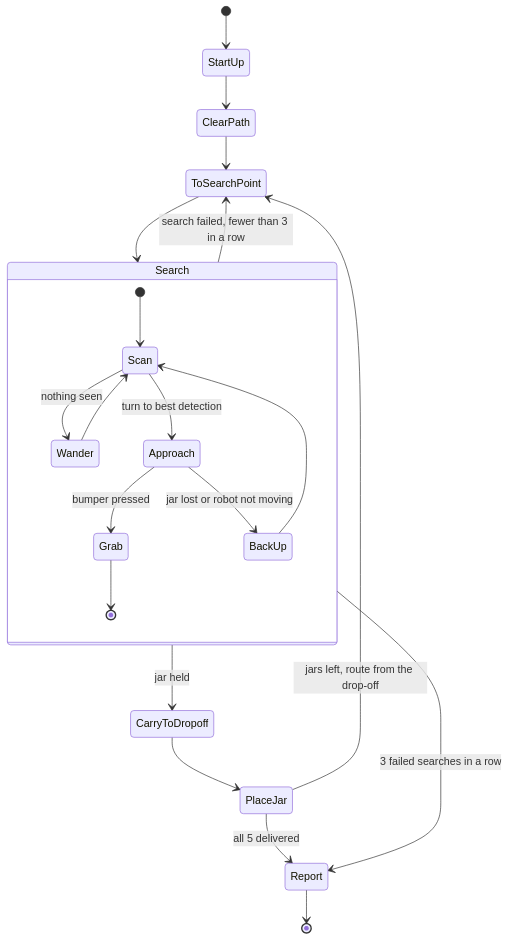
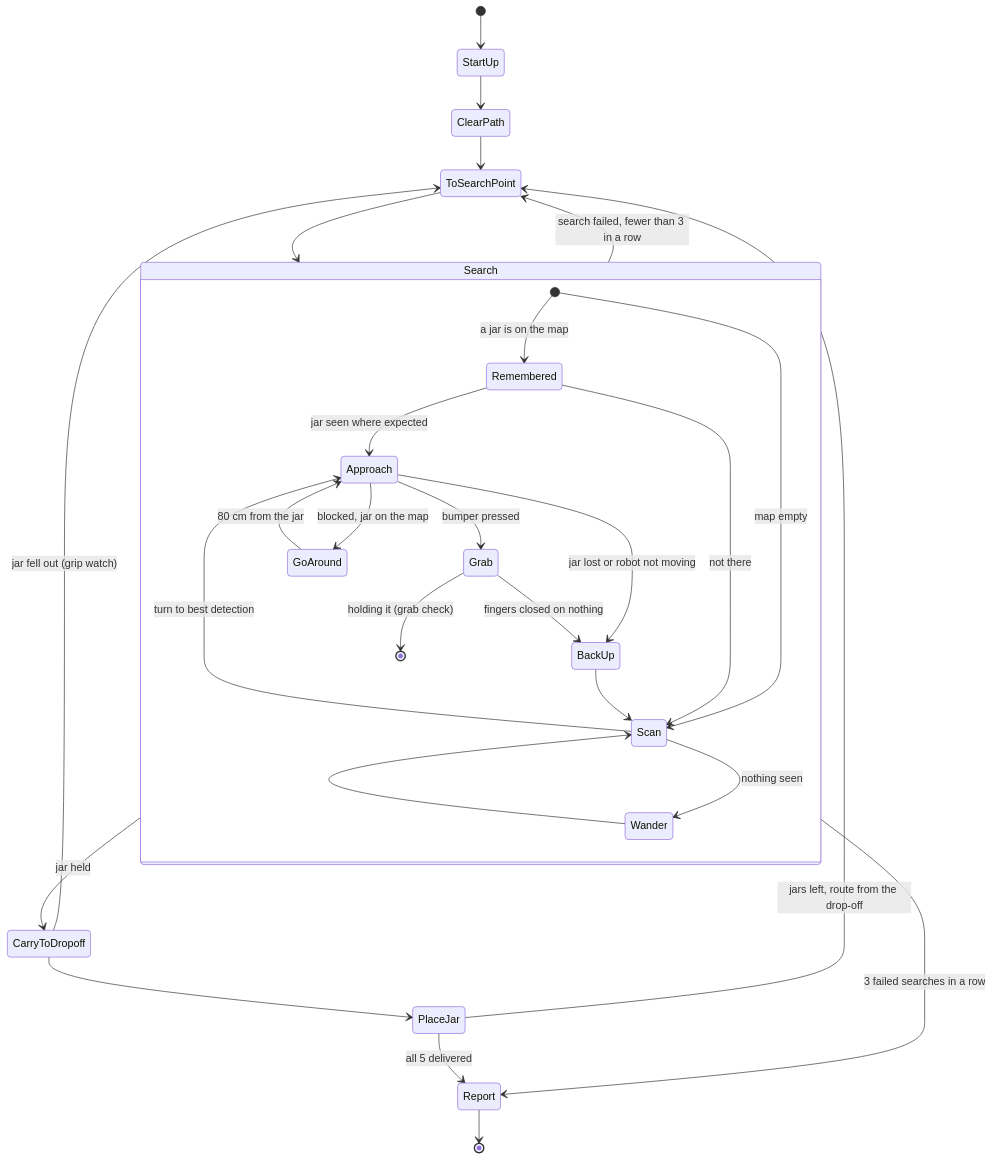
Before and after one commit to morganwhite13/Autonomous-Robot-Jar-Collection-System: the first of 2 diagrams in README.md, drawn with Mermaid. The commit also changed other lines of this file and 7 other files, not shown here.

````diff
--- a/README.md
+++ b/README.md
@@ -109,25 +122,33 @@
 ```mermaid
 stateDiagram-v2
     [*] --> StartUp
     StartUp --> ClearPath
     ClearPath --> ToSearchPoint
     ToSearchPoint --> Search
     Search --> CarryToDropoff: jar held
     Search --> ToSearchPoint: search failed, fewer than 3 in a row
     Search --> Report: 3 failed searches in a row
     CarryToDropoff --> PlaceJar
     PlaceJar --> ToSearchPoint: jars left, route from the drop-off
     PlaceJar --> Report: all 5 delivered
     Report --> [*]
 
+    CarryToDropoff --> ToSearchPoint: jar fell out (grip watch)
+
     state Search {
-        [*] --> Scan
+        [*] --> Remembered: a jar is on the map
+        [*] --> Scan: map empty
+        Remembered --> Approach: jar seen where expected
+        Remembered --> Scan: not there
         Scan --> Wander: nothing seen
         Wander --> Scan
         Scan --> Approach: turn to best detection
         Approach --> Grab: bumper pressed
+        Approach --> GoAround: blocked, jar on the map
+        GoAround --> Approach: 80 cm from the jar
         Approach --> BackUp: jar lost or robot not moving
         BackUp --> Scan
-        Grab --> [*]
+        Grab --> [*]: holding it (grab check)
+        Grab --> BackUp: fingers closed on nothing
     }
 ```
````
